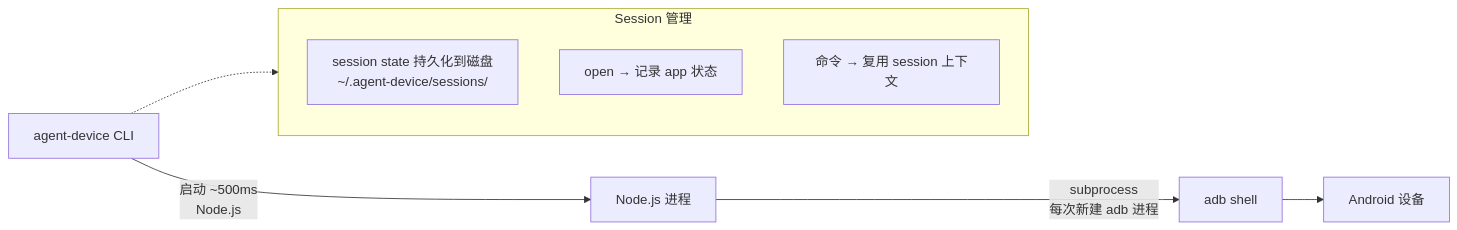
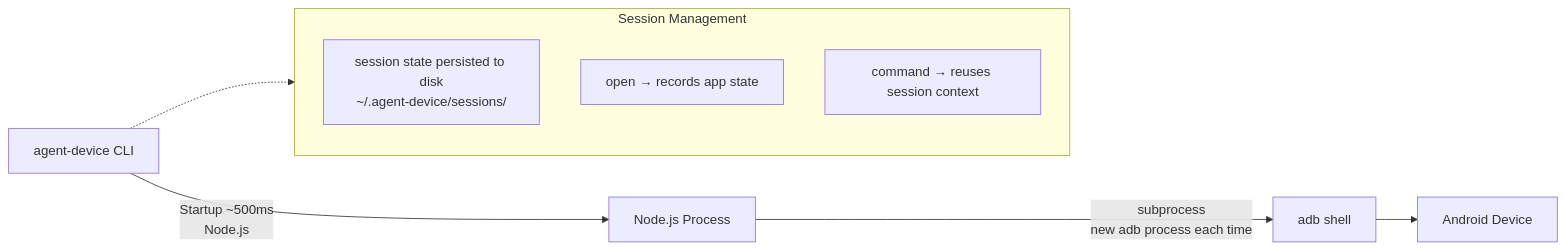
The second of 10 diagrams in docs/phonefast.md (gezihua123/phonefast), drawn with Mermaid before and after one commit. The commit also changed other lines of this file and 11 other files, not shown here.

````diff
--- a/docs/phonefast.md
+++ b/docs/phonefast.md
@@ -74,15 +70,15 @@
 ```mermaid
 flowchart LR
-    CLI[agent-device CLI] -->|" 启动 ~500ms\nNode.js"| NODE[Node.js 进程]
-    NODE -->|" subprocess\n每次新建 adb 进程"| ADB[adb shell]
-    ADB --> DEVICE[Android 设备]
+    CLI[agent-device CLI] -->|" Startup ~500ms\nNode.js"| NODE[Node.js Process]
+    NODE -->|" subprocess\nnew adb process each time"| ADB[adb shell]
+    ADB --> DEVICE[Android Device]
 
-    subgraph SESSION_STATE[Session 管理]
+    subgraph SESSION_STATE[Session Management]
         direction TB
-        STATE["session state 持久化到磁盘\n~/.agent-device/sessions/"]
-        OPEN["open → 记录 app 状态"]
-        CMD["命令 → 复用 session 上下文"]
+        STATE["session state persisted to disk\n~/.agent-device/sessions/"]
+        OPEN["open → records app state"]
+        CMD["command → reuses session context"]
     end
 
     CLI -.-> SESSION_STATE
 ```
````
